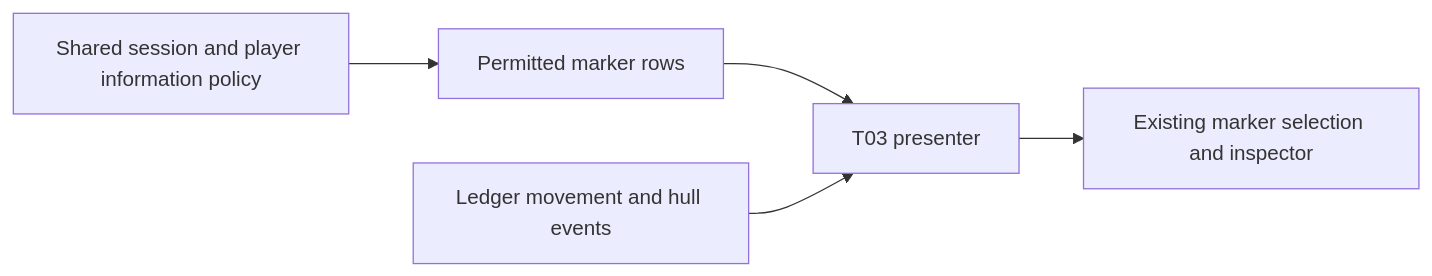
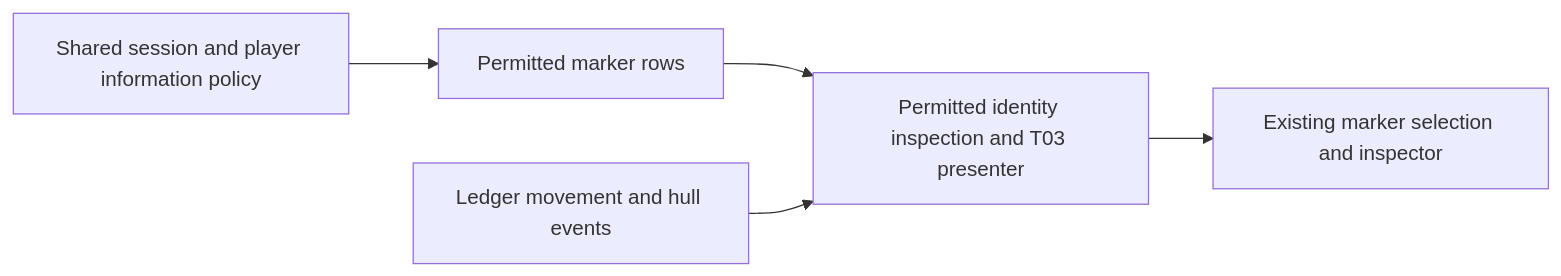
Before and after one commit to TheInfinityIQ/Trencho_V4: the diagram in docs/feature_plans/battlefield_3d_t03.md, drawn with Mermaid. The commit also changed other lines of this file and 1 other file, not shown here.

Commit message:
Use actual T03 facing on field reconciliation

````diff
--- a/docs/feature_plans/battlefield_3d_t03.md
+++ b/docs/feature_plans/battlefield_3d_t03.md
@@ -5,7 +5,7 @@
 ```mermaid
 flowchart LR
     A[Shared session and player information policy] --> B[Permitted marker rows]
-    B --> C[T03 presenter]
+    B --> C[Permitted identity inspection and T03 presenter]
     D[Ledger movement and hull events] --> C
     C --> E[Existing marker selection and inspector]
 ```
````
